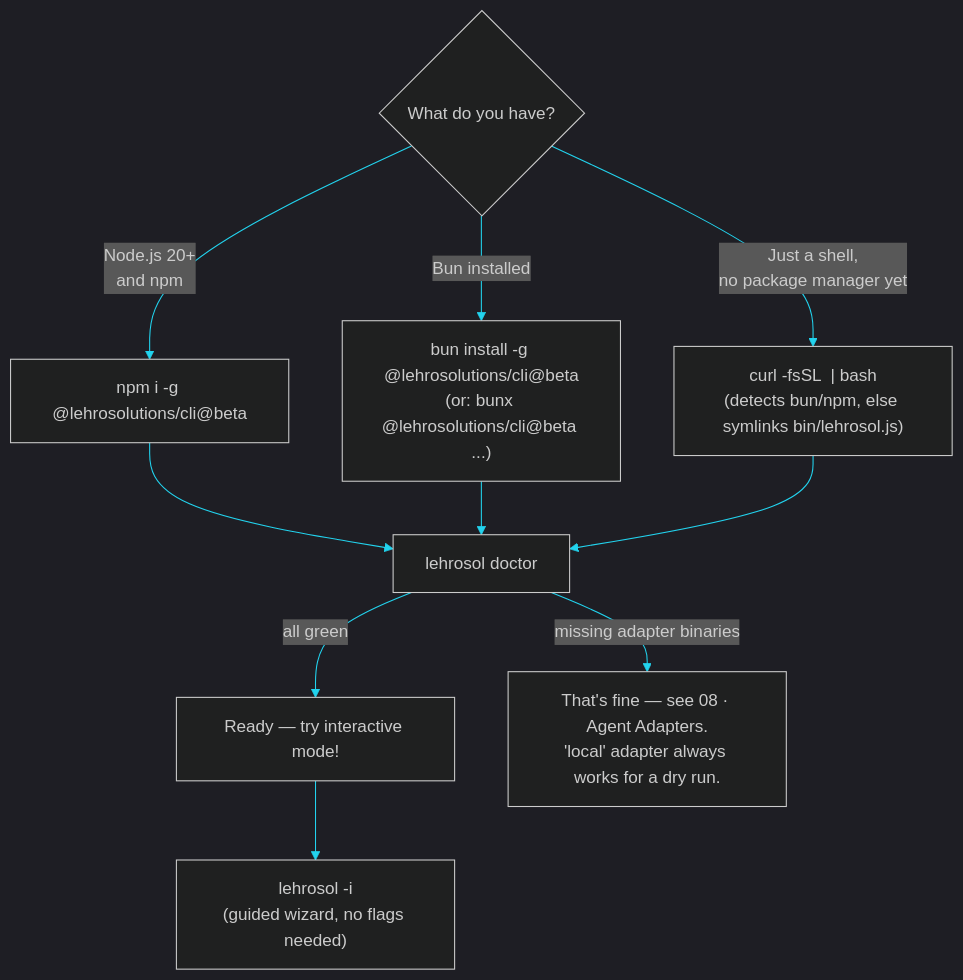
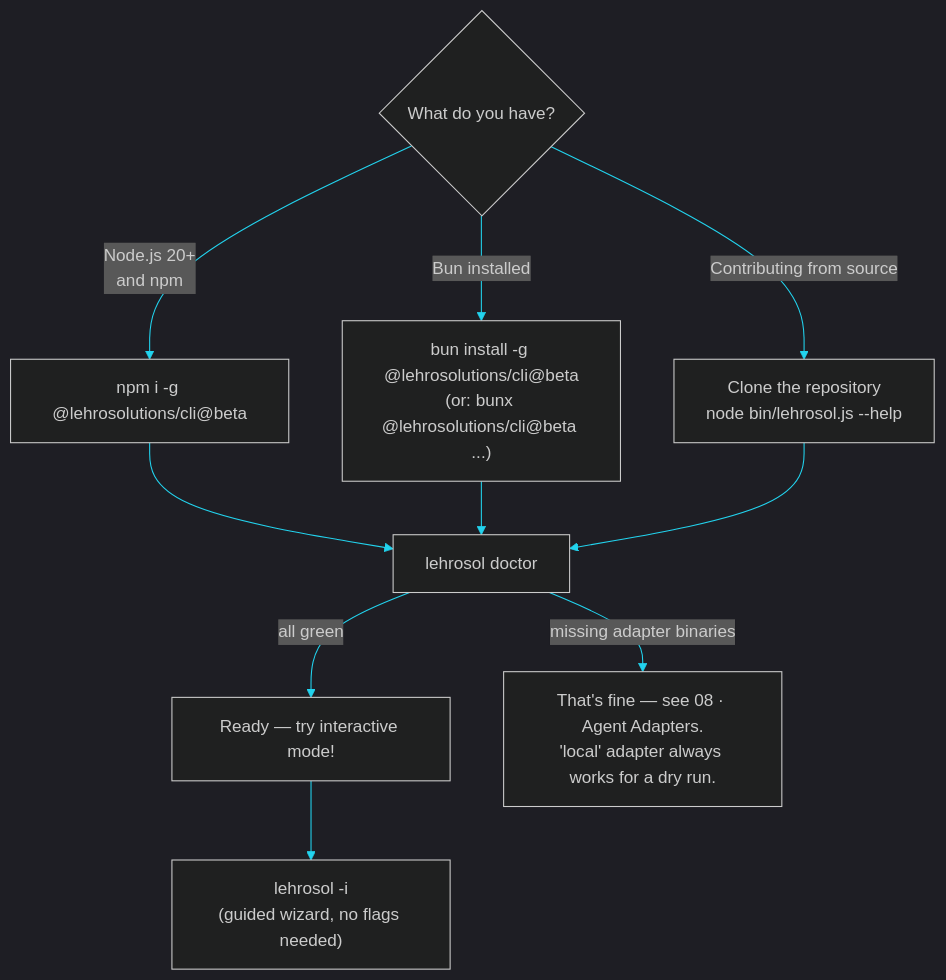
Before and after one commit to LehroSolutions/lehrosol-cli: the first of 2 diagrams in docs/10-how-to-use.md, drawn with Mermaid. The commit also changed 20 other files, not shown here.

````diff
--- a/docs/10-how-to-use.md
+++ b/docs/10-how-to-use.md
@@ -9,14 +9,14 @@
 ```mermaid
 %%{init: {'theme':'dark', 'themeVariables': {'primaryColor':'#0f1720','primaryTextColor':'#e6faff','primaryBorderColor':'#22d3ee','lineColor':'#22d3ee','secondaryColor':'#111827','tertiaryColor':'#05070a'}}}%%
 flowchart TD
     START{"What do you have?"}
     START -->|"Node.js 20+\nand npm"| NPM["npm i -g @lehrosolutions/cli@beta"]
     START -->|"Bun installed"| BUN["bun install -g @lehrosolutions/cli@beta\n(or: bunx @lehrosolutions/cli@beta ...)"]
-    START -->|"Just a shell,\nno package manager yet"| CURL["curl -fsSL <install-url> | bash\n(detects bun/npm, else symlinks bin/lehrosol.js)"]
+    START -->|"Contributing from source"| SOURCE["Clone the repository\nnode bin/lehrosol.js --help"]
     NPM --> VERIFY["lehrosol doctor"]
     BUN --> VERIFY
-    CURL --> VERIFY
+    SOURCE --> VERIFY
     VERIFY -->|"all green"| READY["Ready — try interactive mode!"]
     READY --> INT["lehrosol -i\n(guided wizard, no flags needed)"]
     VERIFY -->|"missing adapter binaries"| ADAPT["That's fine — see 08 · Agent Adapters.\n'local' adapter always works for a dry run."]
 ```
````
